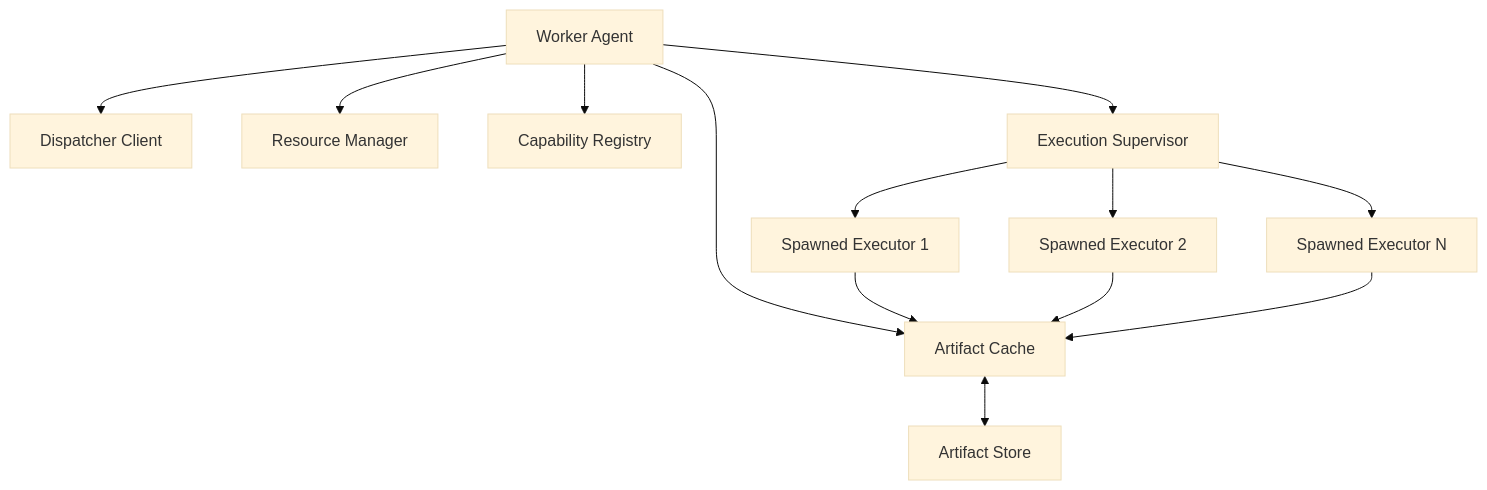
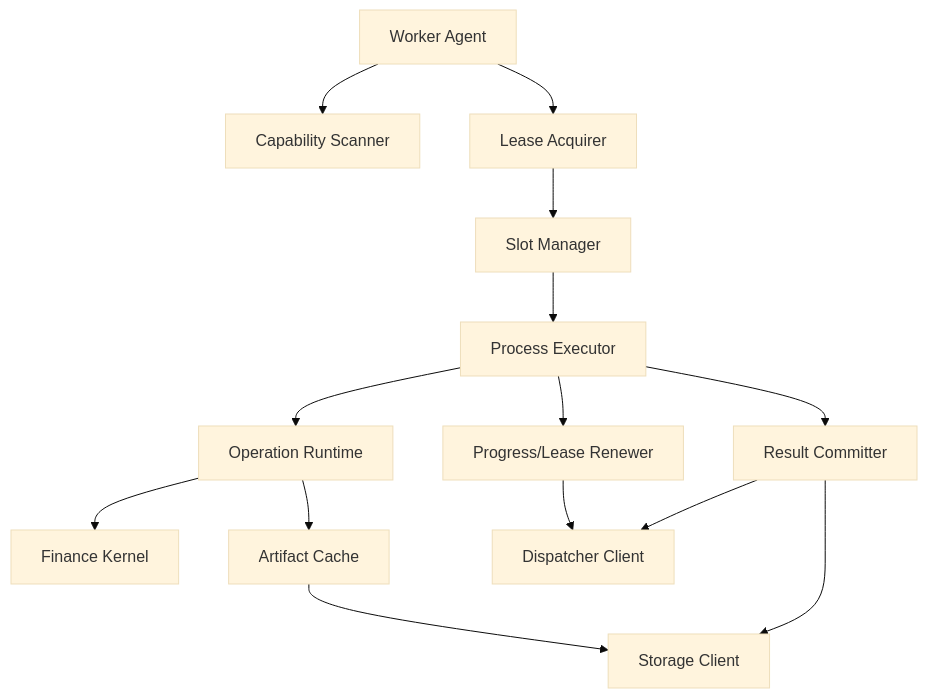
Before and after one commit to RESBI/StockStatistic: the first of 3 diagrams in V31design/designV31/DESIGN_ARCH_COMPUTE_V31.md, drawn with Mermaid (base theme). The commit also changed other lines of this file and 18 other files, not shown here.

Commit message:
V3.1 docs: finalize architecture and delivery plan

````diff
--- a/V31design/designV31/DESIGN_ARCH_COMPUTE_V31.md
+++ b/V31design/designV31/DESIGN_ARCH_COMPUTE_V31.md
@@ -71,26 +28,16 @@
 ```mermaid
-graph TB
-    A[Worker Agent]
-    DC[Dispatcher Client]
-    RM[Resource Manager]
-    CR[Capability Registry]
-    AC[Artifact Cache]
-    ES[Execution Supervisor]
-    P1[Spawned Executor 1]
-    P2[Spawned Executor 2]
-    PN[Spawned Executor N]
-    AS[Artifact Store]
-
-    A --> DC
-    A --> RM
-    A --> CR
-    A --> AC
-    A --> ES
-    ES --> P1
-    ES --> P2
-    ES --> PN
-    AC <--> AS
-    P1 --> AC
-    P2 --> AC
-    PN --> AC
+flowchart TB
+    AG[Worker Agent] --> REG[Capability Scanner]
+    AG --> ACQ[Lease Acquirer]
+    ACQ --> SLOT[Slot Manager]
+    SLOT --> EX[Process Executor]
+    EX --> RT[Operation Runtime]
+    RT --> K[Finance Kernel]
+    RT --> CACHE[Artifact Cache]
+    CACHE --> ST[Storage Client]
+    EX --> PROG[Progress/Lease Renewer]
+    PROG --> DISP[Dispatcher Client]
+    EX --> COMMIT[Result Committer]
+    COMMIT --> ST
+    COMMIT --> DISP
 ```
````
